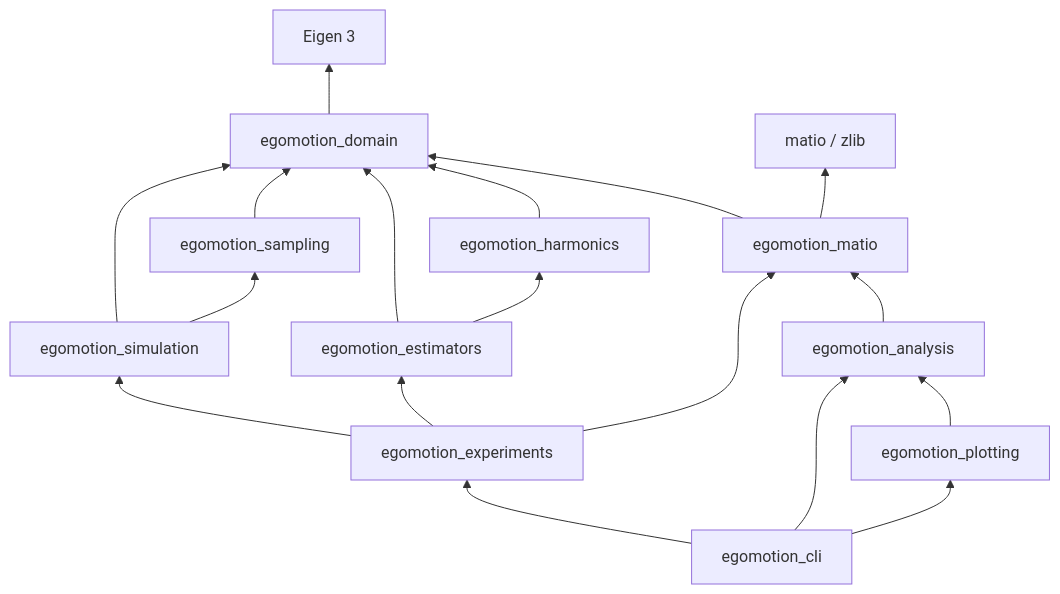
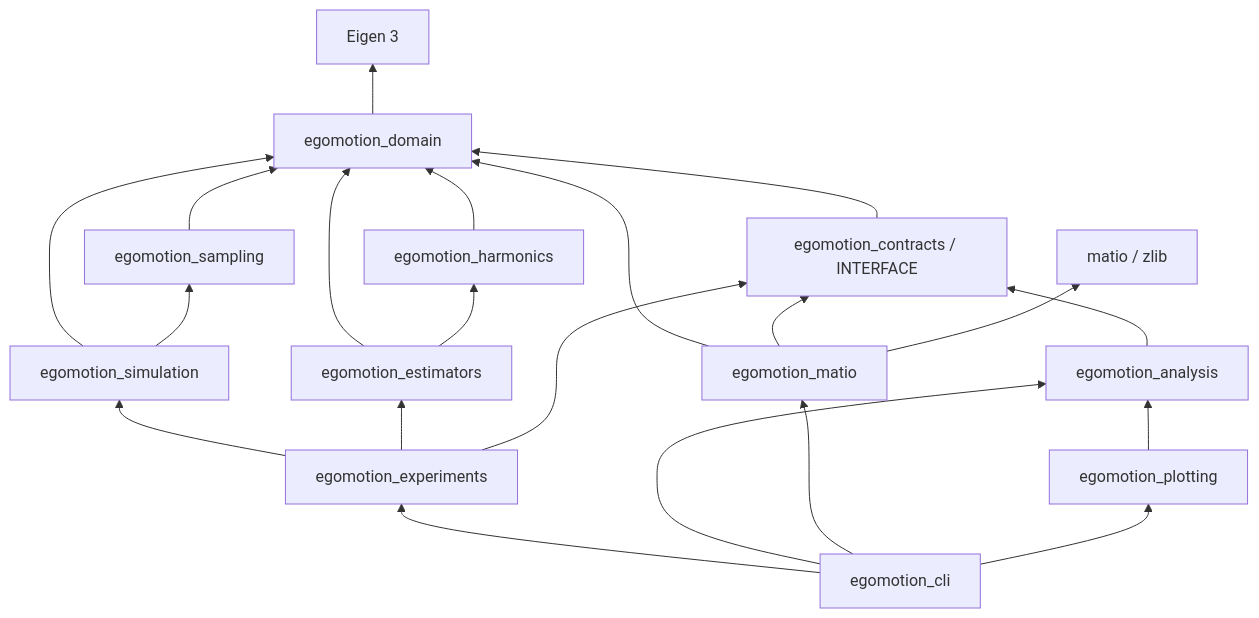
Before and after one commit to ncut-d1z/Egomotion-Estimation-with-Dense-Flow-Fields: the third of 5 diagrams in docs/ARCHITECTURE.md, drawn with Mermaid. The commit also changed other lines of this file, not shown here.

```diff
--- a/docs/ARCHITECTURE.md
+++ b/docs/ARCHITECTURE.md
@@ -109,20 +110,23 @@
 ~~~mermaid
 flowchart BT
   D[egomotion_domain] --> E[Eigen 3]
+  K[egomotion_contracts / INTERFACE] --> D
   S[egomotion_sampling] --> D
   H[egomotion_harmonics] --> D
   V[egomotion_simulation] --> D
   V --> S
   A[egomotion_estimators] --> D
   A --> H
   I[egomotion_matio] --> D
+  I --> K
   I --> M[matio / zlib]
   X[egomotion_experiments] --> V
   X --> A
-  X --> I
-  N[egomotion_analysis] --> I
+  X --> K
+  N[egomotion_analysis] --> K
   P[egomotion_plotting] --> N
   C[egomotion_cli] --> X
   C --> N
+  C --> I
   C --> P
 ~~~
```
